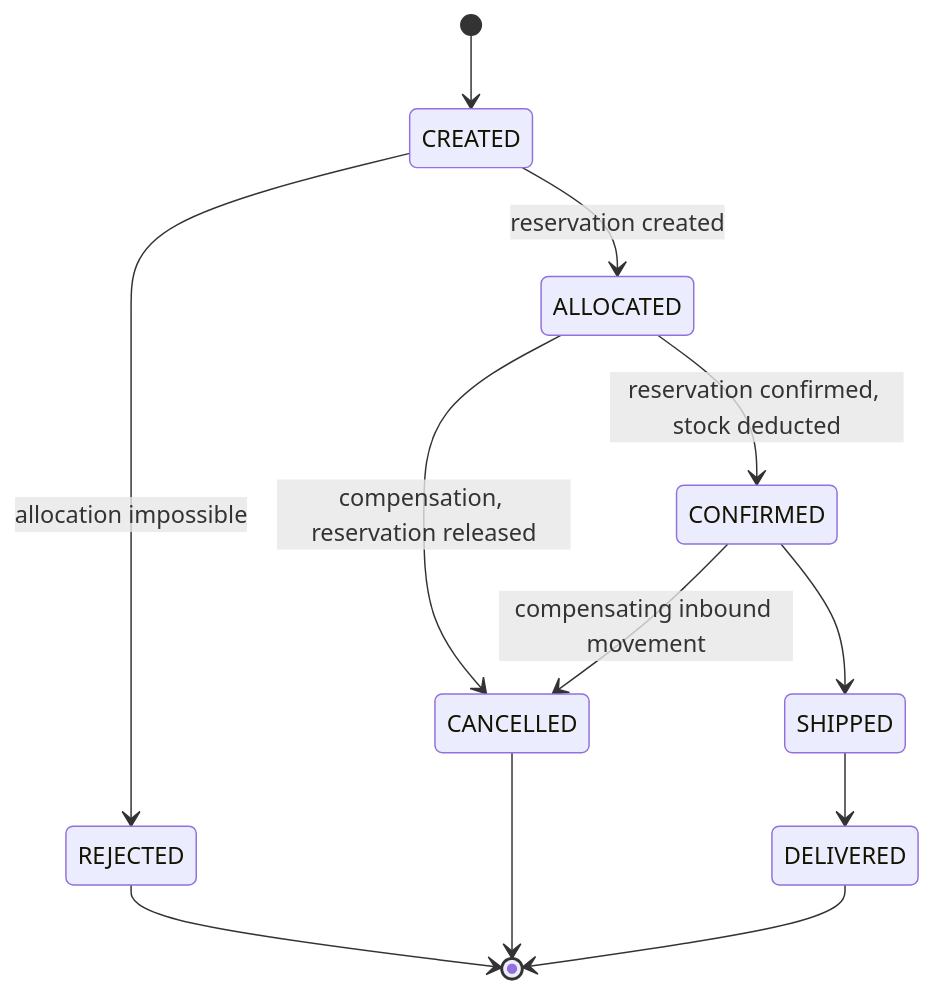
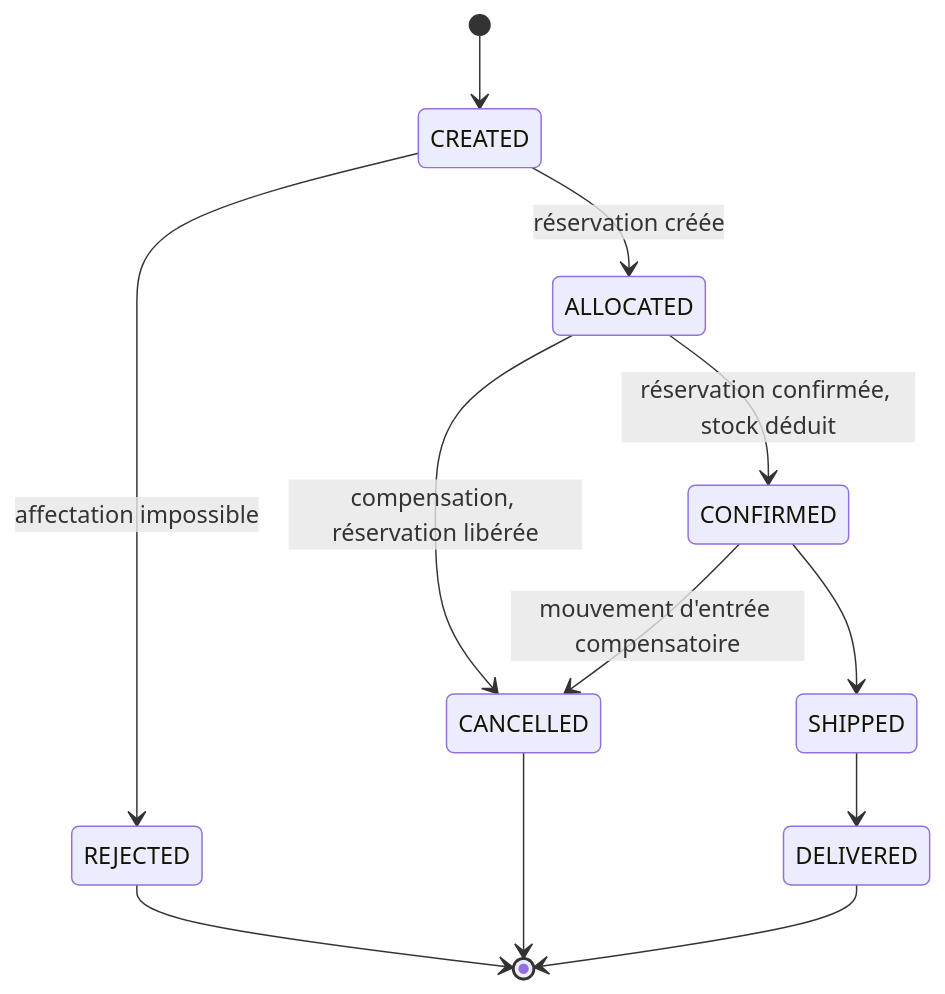
The fourth of 4 diagrams in docs/01-architecture.md (zakaech/logistics-microservices-platform), drawn with Mermaid before and after one commit. The commit also changed other lines of this file and 108 other files, not shown here.

````diff
--- a/docs/01-architecture.md
+++ b/docs/01-architecture.md
@@ -209,14 +218,14 @@
 ```mermaid
 stateDiagram-v2
     [*] --> CREATED
-    CREATED --> REJECTED: allocation impossible
-    CREATED --> ALLOCATED: reservation created
-    ALLOCATED --> CONFIRMED: reservation confirmed, stock deducted
-    ALLOCATED --> CANCELLED: compensation, reservation released
+    CREATED --> REJECTED: affectation impossible
+    CREATED --> ALLOCATED: réservation créée
+    ALLOCATED --> CONFIRMED: réservation confirmée, stock déduit
+    ALLOCATED --> CANCELLED: compensation, réservation libérée
     CONFIRMED --> SHIPPED
-    CONFIRMED --> CANCELLED: compensating inbound movement
+    CONFIRMED --> CANCELLED: mouvement d'entrée compensatoire
     SHIPPED --> DELIVERED
     REJECTED --> [*]
     CANCELLED --> [*]
     DELIVERED --> [*]
 ```
````
